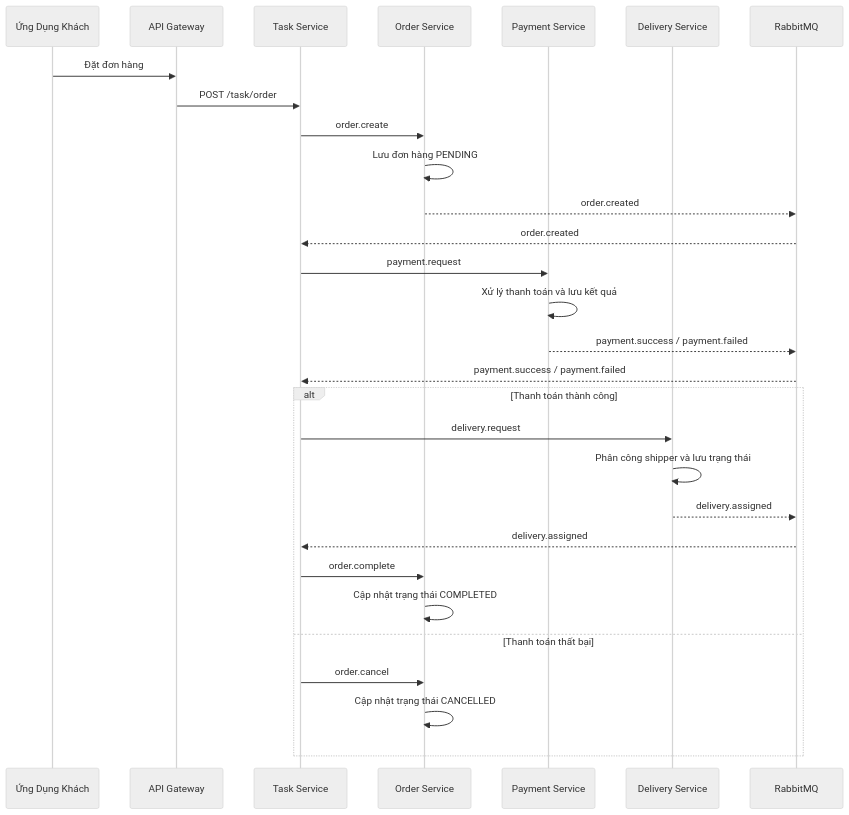
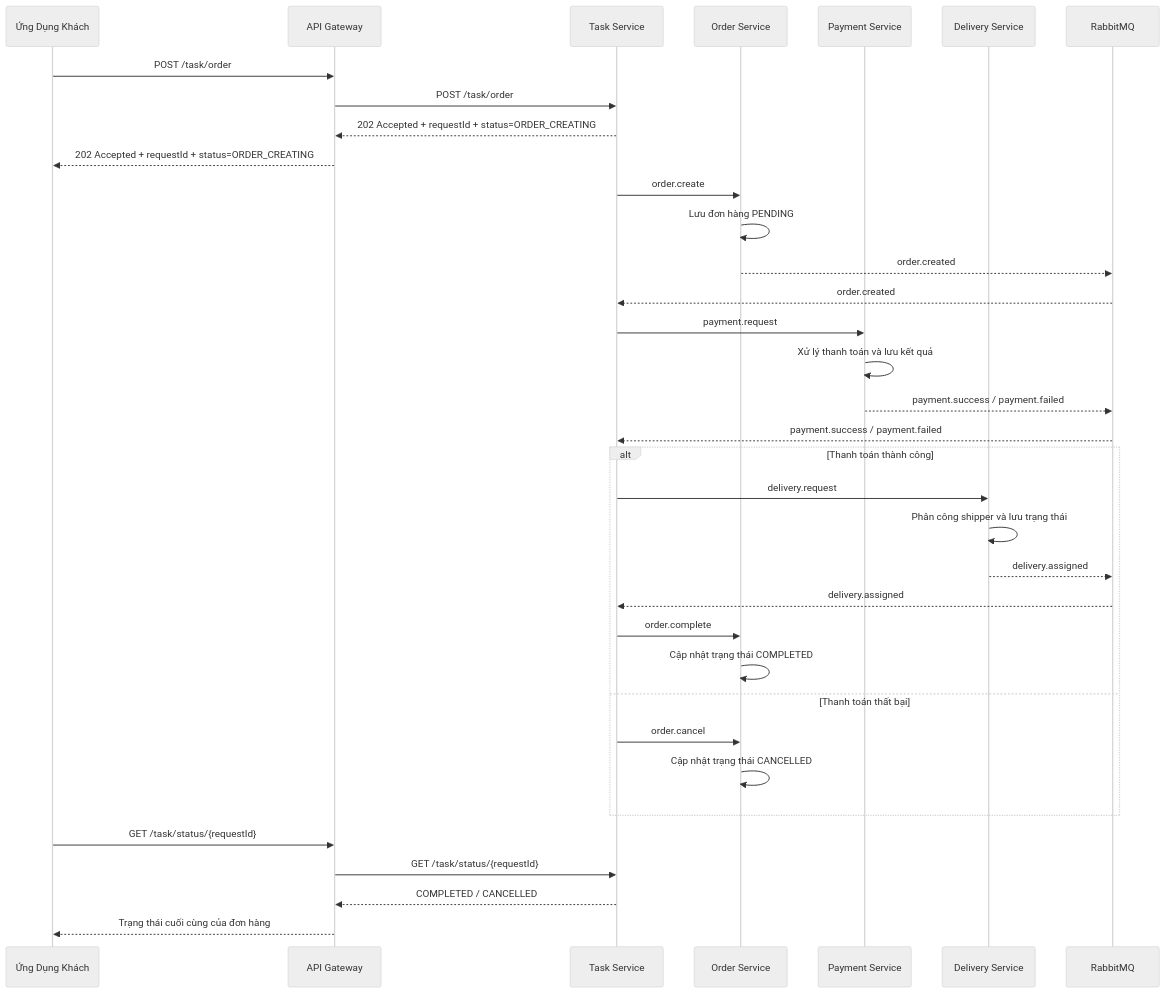
One commit to Dung1409/SOA changed the second of 7 diagrams in analysis-and-design-new.md. Above: the diagram before and after it, drawn with Mermaid (neutral theme). The commit also changed other lines of this file, not shown here.

Commit message:
modify process diagram + add Part 3

````diff
--- a/analysis-and-design-new.md
+++ b/analysis-and-design-new.md
@@ -210,34 +165,42 @@
 ```mermaid
 sequenceDiagram
-    participant Khách as Ứng Dụng Khách
-    participant Gateway as API Gateway
-    participant Task as Task Service
-    participant Order as Order Service
-    participant Payment as Payment Service
-    participant Delivery as Delivery Service
-    participant RabbitMQ as RabbitMQ
+  participant Khách as Ứng Dụng Khách
+  participant Gateway as API Gateway
+  participant Task as Task Service
+  participant Order as Order Service
+  participant Payment as Payment Service
+  participant Delivery as Delivery Service
+  participant RabbitMQ as RabbitMQ
 
-  Khách->>Gateway: Đặt đơn hàng
+  Khách->>Gateway: POST /task/order
   Gateway->>Task: POST /task/order
+  Task-->>Gateway: 202 Accepted + requestId + status=ORDER_CREATING
+  Gateway-->>Khách: 202 Accepted + requestId + status=ORDER_CREATING
+
   Task->>Order: order.create
   Order->>Order: Lưu đơn hàng PENDING
   Order-->>RabbitMQ: order.created
   RabbitMQ-->>Task: order.created
 
   Task->>Payment: payment.request
   Payment->>Payment: Xử lý thanh toán và lưu kết quả
   Payment-->>RabbitMQ: payment.success / payment.failed
   RabbitMQ-->>Task: payment.success / payment.failed
 
   alt Thanh toán thành công
     Task->>Delivery: delivery.request
     Delivery->>Delivery: Phân công shipper và lưu trạng thái
     Delivery-->>RabbitMQ: delivery.assigned
     RabbitMQ-->>Task: delivery.assigned
     Task->>Order: order.complete
     Order->>Order: Cập nhật trạng thái COMPLETED
   else Thanh toán thất bại
     Task->>Order: order.cancel
     Order->>Order: Cập nhật trạng thái CANCELLED
   end
+
+  Khách->>Gateway: GET /task/status/{requestId}
+  Gateway->>Task: GET /task/status/{requestId}
+  Task-->>Gateway: COMPLETED / CANCELLED
+  Gateway-->>Khách: Trạng thái cuối cùng của đơn hàng
 ```
````
